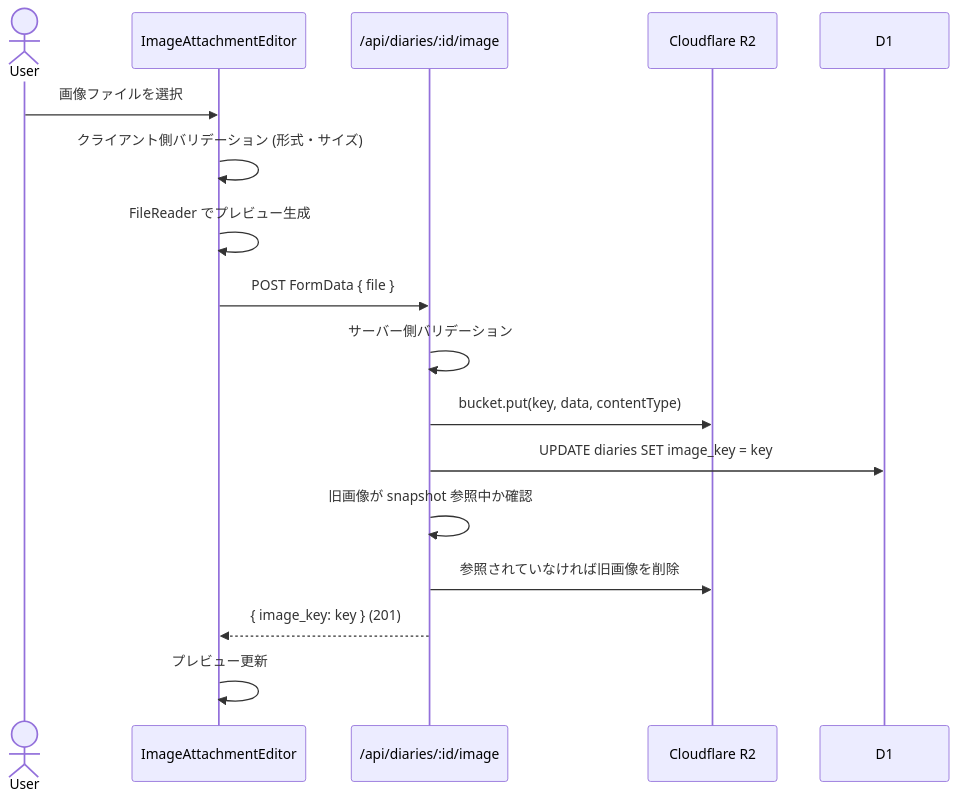
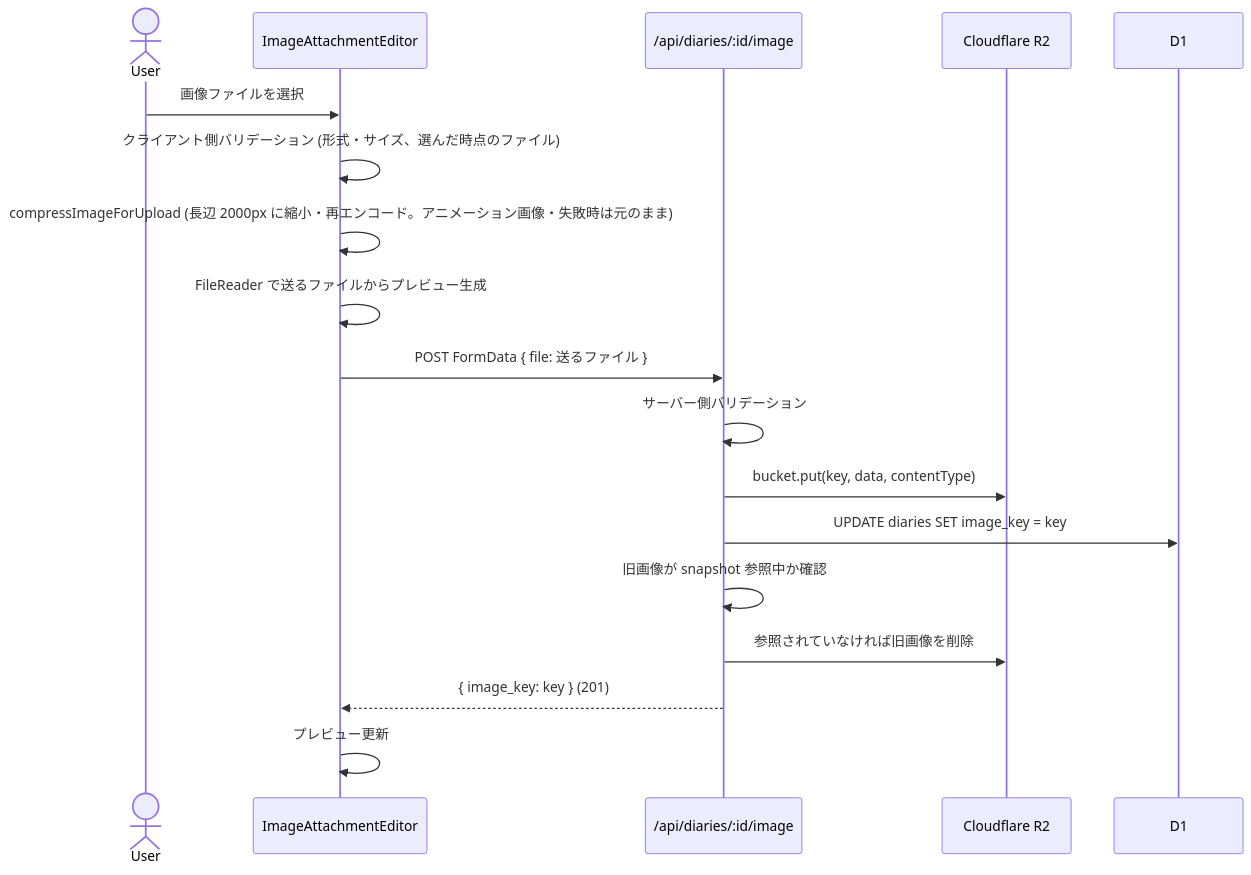
Before and after one commit to shimabox/400-diary: the first of 5 diagrams in docs/architecture/image-upload.md, drawn with Mermaid. The commit also changed other lines of this file and 6 other files, not shown here.

````diff
--- a/docs/architecture/image-upload.md
+++ b/docs/architecture/image-upload.md
@@ -34,20 +67,21 @@
 ```mermaid
 sequenceDiagram
     actor User
     participant ImageEditor as ImageAttachmentEditor
     participant API as /api/diaries/:id/image
     participant R2 as Cloudflare R2
     participant DB as D1
 
     User->>ImageEditor: 画像ファイルを選択
-    ImageEditor->>ImageEditor: クライアント側バリデーション (形式・サイズ)
-    ImageEditor->>ImageEditor: FileReader でプレビュー生成
-    ImageEditor->>API: POST FormData { file }
+    ImageEditor->>ImageEditor: クライアント側バリデーション (形式・サイズ、選んだ時点のファイル)
+    ImageEditor->>ImageEditor: compressImageForUpload (長辺 2000px に縮小・再エンコード。アニメーション画像・失敗時は元のまま)
+    ImageEditor->>ImageEditor: FileReader で送るファイルからプレビュー生成
+    ImageEditor->>API: POST FormData { file: 送るファイル }
     API->>API: サーバー側バリデーション
     API->>R2: bucket.put(key, data, contentType)
     API->>DB: UPDATE diaries SET image_key = key
     API->>API: 旧画像が snapshot 参照中か確認
     API->>R2: 参照されていなければ旧画像を削除
     API-->>ImageEditor: { image_key: key } (201)
     ImageEditor->>ImageEditor: プレビュー更新
 ```
````
